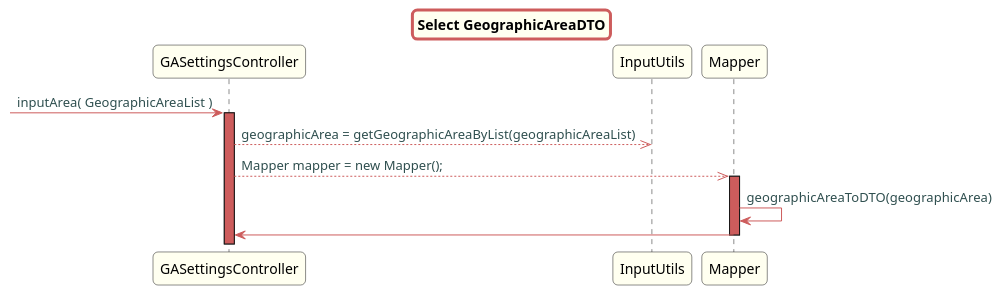
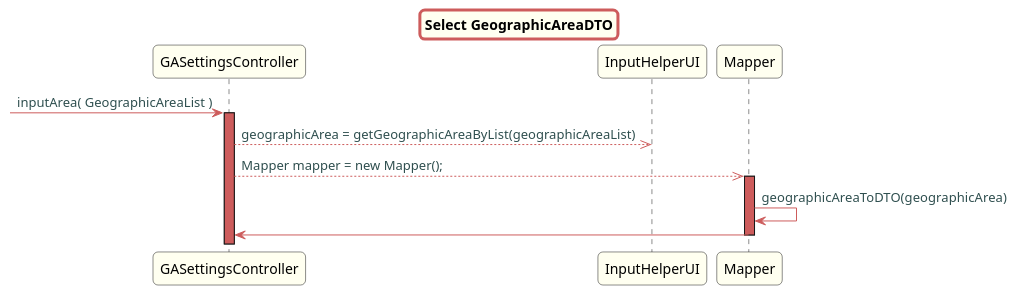
The diagram in src/doc/Controllers/GASettings/US011/US011_ref_GADTO.puml (Almadanmp/project), drawn with PlantUML before and after one commit. The commit also changed 16 other files, not shown here.

```diff
--- a/src/doc/Controllers/GASettings/US011/US011_ref_GADTO.puml
+++ b/src/doc/Controllers/GASettings/US011/US011_ref_GADTO.puml
@@ -1,38 +1,38 @@
 @startuml
 
 title Select GeographicAreaDTO
 
 skinparam titleBorderRoundCorner 10
 skinparam titleBorderThickness 3
 skinparam titleBorderColor indianred
 skinparam titleBackgroundColor ivory
 skinparam FontName quicksand
 
 skinparam actor {
  	BorderColor indianred
  	}
 
  skinparam sequence {
  	LifeLineBackgroundColor indianred
  	ParticipantBackgroundColor ivory
  }
 
  skinparam roundcorner 10
 
  skinparam component {
    arrowThickness 1
    ArrowFontName Verdana
    ArrowColor indianred
    ArrowFontColor darkslategrey
  }
 
 -> GASettingsController: inputArea( GeographicAreaList )
 activate GASettingsController
-GASettingsController -->> InputUtils: geographicArea = getGeographicAreaByList(geographicAreaList)
+GASettingsController -->> InputHelperUI: geographicArea = getGeographicAreaByList(geographicAreaList)
 GASettingsController -->> Mapper: Mapper mapper = new Mapper();
 activate Mapper
 Mapper -> Mapper: geographicAreaToDTO(geographicArea)
 Mapper -> GASettingsController
 deactivate Mapper
 
 @enduml
```
